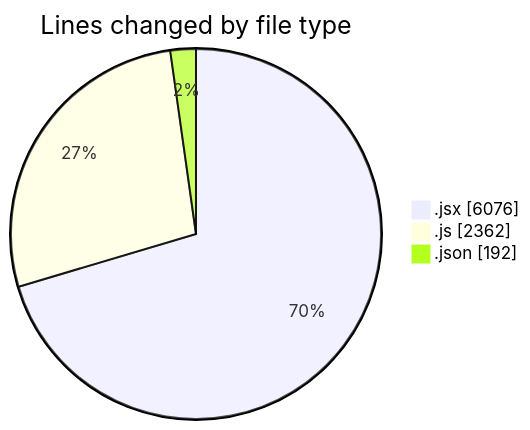
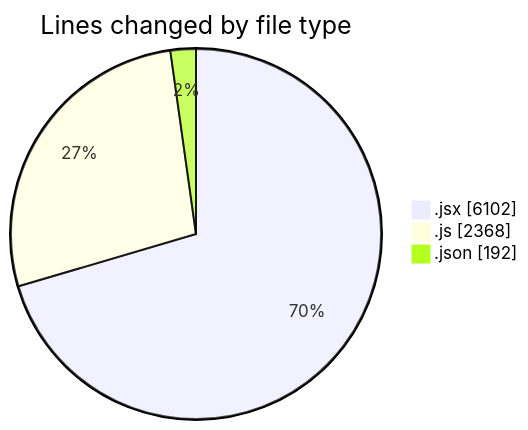
Before and after one commit to nxtqubesakshisongat/code-tracking: the first of 2 diagrams in 2025-08-06/nxtqube_webapp/README.md, drawn with Mermaid. The commit also changed other lines of this file and 1 other file, not shown here.

````diff
--- a/2025-08-06/nxtqube_webapp/README.md
+++ b/2025-08-06/nxtqube_webapp/README.md
@@ -31,7 +31,7 @@
 ```mermaid
 pie showData
 title Lines changed by file type
-".jsx" : 6076
-".js" : 2362
+".jsx" : 6102
+".js" : 2368
 ".json" : 192
 ```
````
